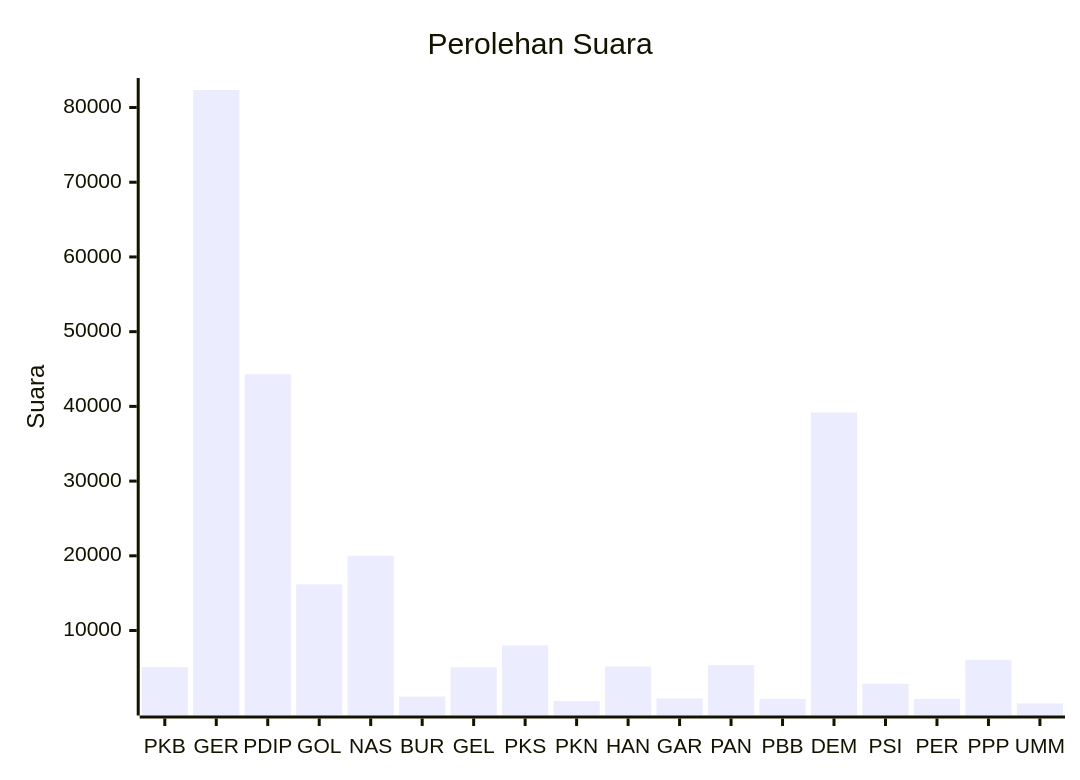
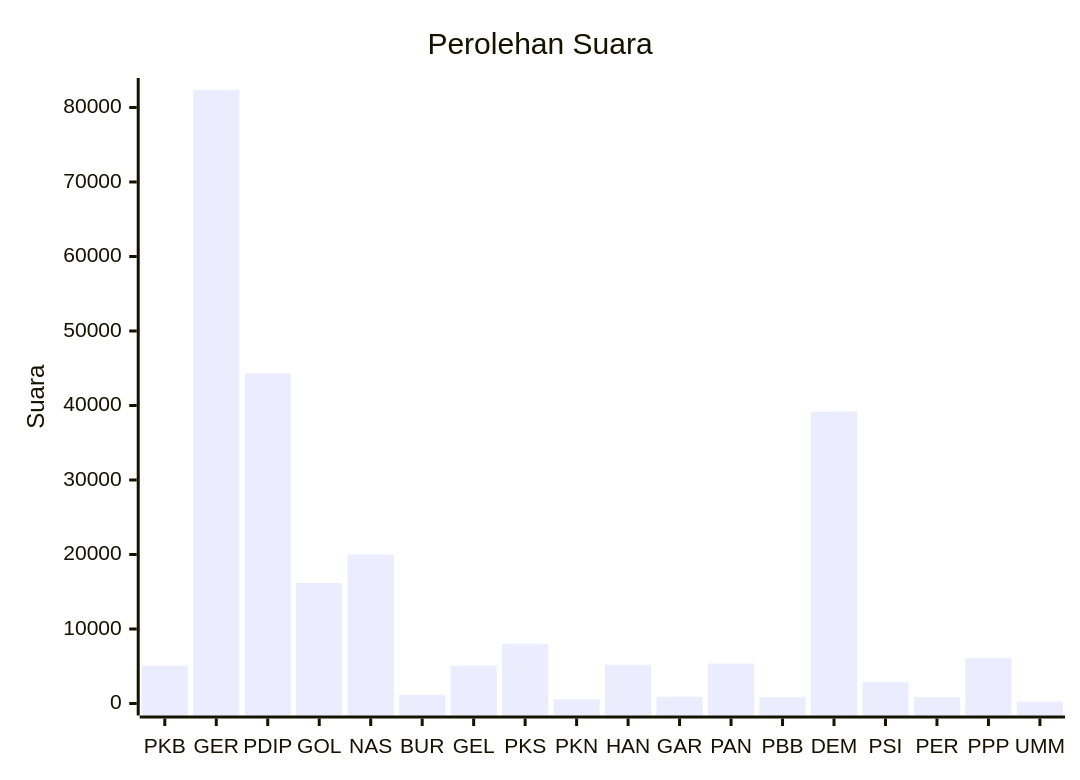
Before and after one commit to gigit-pemilu/pemilu-2024: the diagram in pileg-dpr/hitung-suara/sub/table-wilayah-65.md, drawn with Mermaid. The commit also changed 57 other files, not shown here.

````diff
--- a/pileg-dpr/hitung-suara/sub/table-wilayah-65.md
+++ b/pileg-dpr/hitung-suara/sub/table-wilayah-65.md
@@ -7,7 +7,7 @@
 ```mermaid
 xychart-beta
     title "Perolehan Suara"
     x-axis [PKB, GER, PDIP, GOL, NAS, BUR, GEL, PKS, PKN, HAN, GAR, PAN, PBB, DEM, PSI, PER, PPP, UMM]
-    y-axis "Suara"
+    y-axis "Suara" 0 --> 82345
     bar [5099, 82345, 44310, 16175, 20008, 1165, 5077, 8006, 559, 5189, 911, 5367, 835, 39186, 2876, 836, 6081, 233]
 ```
````
